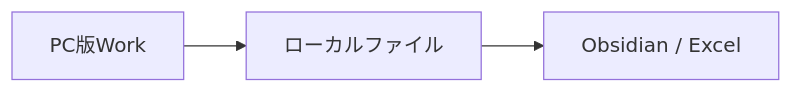
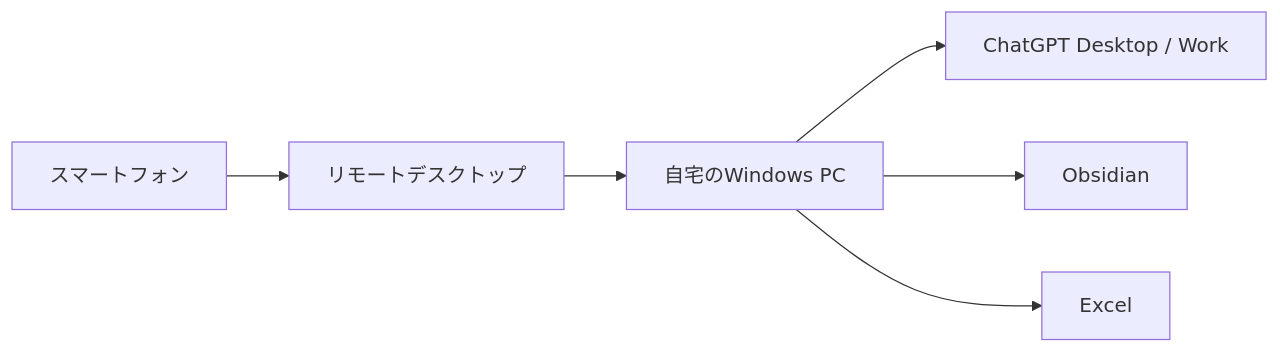
Before and after one commit to fukkamaru/digital-garden: the third of 5 diagrams in content/31_Research/スマートフォンからChatGPT Work／Codex／PCを遠隔利用する方法の整理.md, drawn with Mermaid. The commit also changed other lines of this file and 319 other files, not shown here.

````diff
--- a/content/31_Research/スマートフォンからChatGPT Work／Codex／PCを遠隔利用する方法の整理.md
+++ b/content/31_Research/スマートフォンからChatGPT Work／Codex／PCを遠隔利用する方法の整理.md
@@ -453,8 +95,8 @@
 ```mermaid
 flowchart LR
-    A[PC版Work]
-    B[ローカルファイル]
-    C[Obsidian / Excel]
-
-    A --> B --> C
+    A[スマートフォン] --> B[リモートデスクトップ]
+    B --> C[自宅のWindows PC]
+    C --> D[ChatGPT Desktop / Work]
+    C --> E[Obsidian]
+    C --> F[Excel]
 ```
````
